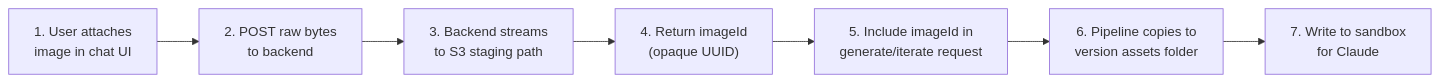
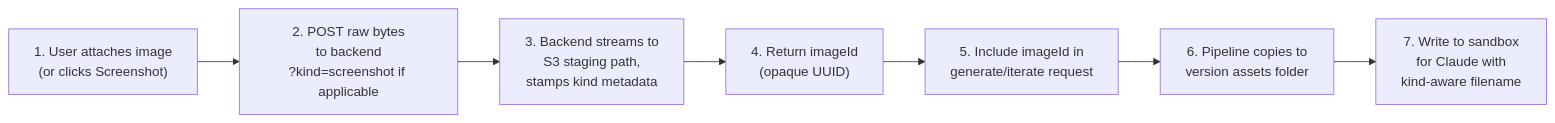
One commit to lightdash/lightdash changed the second of 3 diagrams in docs/data-apps.md. Above: the diagram before and after it, drawn with Mermaid. The commit also changed other lines of this file and 14 other files, not shown here.

````diff
--- a/docs/data-apps.md
+++ b/docs/data-apps.md
@@ -336,9 +349,9 @@
 ```mermaid
 flowchart LR
-    A["1. User attaches\nimage in chat UI"] --> B["2. POST raw bytes\nto backend"]
-    B --> C["3. Backend streams\nto S3 staging path"]
+    A["1. User attaches image\n(or clicks Screenshot)"] --> B["2. POST raw bytes\nto backend\n?kind=screenshot if applicable"]
+    B --> C["3. Backend streams to\nS3 staging path,\nstamps kind metadata"]
     C --> D["4. Return imageId\n(opaque UUID)"]
     D --> E["5. Include imageId in\ngenerate/iterate request"]
     E --> F["6. Pipeline copies to\nversion assets folder"]
-    F --> G["7. Write to sandbox\nfor Claude"]
+    F --> G["7. Write to sandbox\nfor Claude with\nkind-aware filename"]
 ```
````
